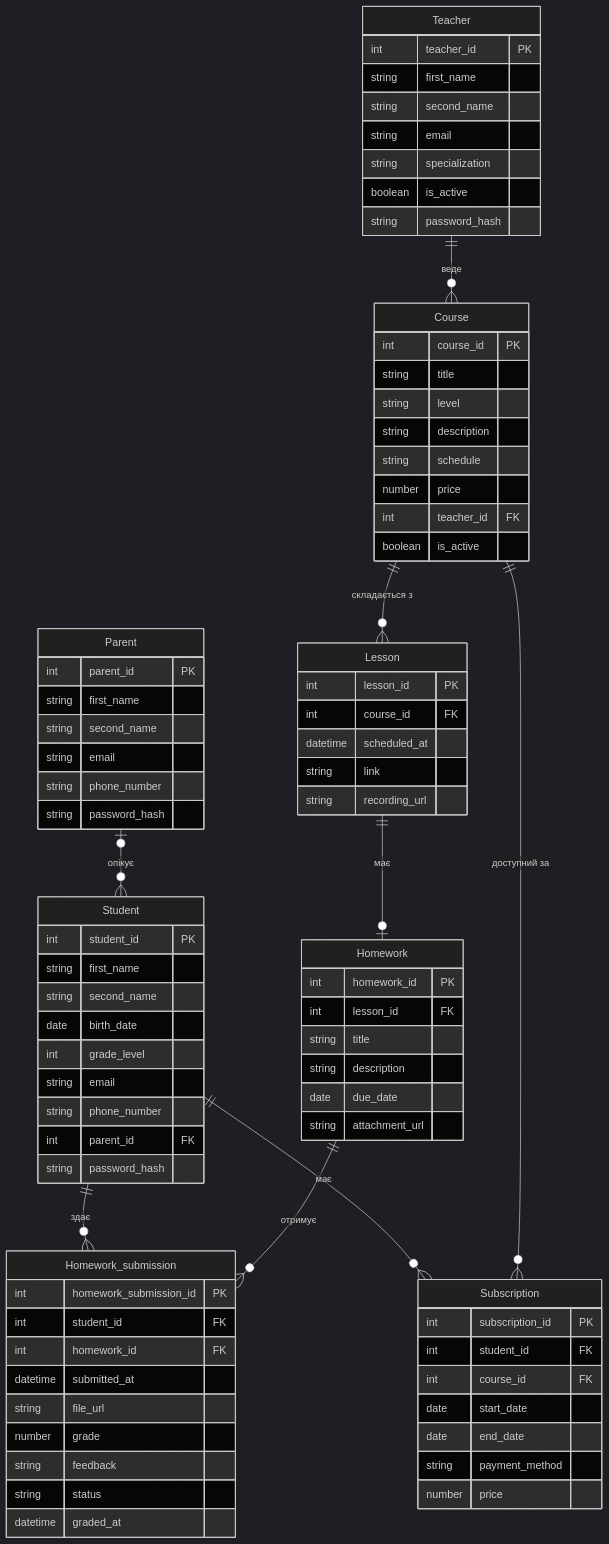
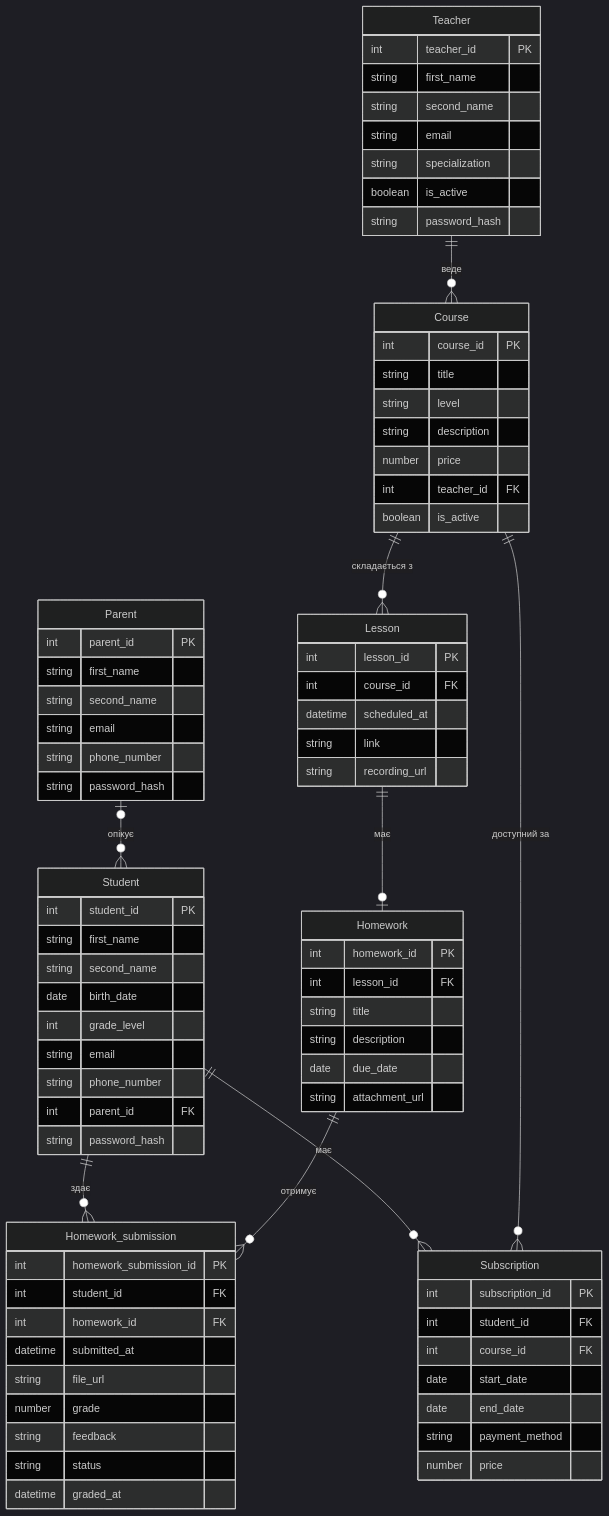
Before and after one commit to grmaryna/MathHub: the diagram in model.mmd, drawn with Mermaid (dark theme). The commit also changed 1 other file, not shown here.

Commit message:
mpdel: видалено Course.schedule із діаграми

```diff
--- a/model.mmd
+++ b/model.mmd
@@ -1,90 +1,89 @@
 erDiagram
     Parent |o--o{ Student : "опікує"
     Teacher ||--o{ Course : "веде"
     Course ||--o{ Lesson : "складається з"
     Lesson ||--o| Homework : "має"
     Student ||--o{ Homework_submission : "здає"
     Homework ||--o{ Homework_submission : "отримує"
     Student ||--o{ Subscription : "має"
     Course ||--o{ Subscription : "доступний за"
 
     Parent {
         int parent_id PK
         string first_name
         string second_name
         string email
         string phone_number
         string password_hash
     }
 
     Student {
         int student_id PK
         string first_name
         string second_name
         date birth_date
         int grade_level
         string email
         string phone_number
         int parent_id FK
         string password_hash
     }
 
     Teacher {
         int teacher_id PK
         string first_name
         string second_name
         string email
         string specialization
         boolean is_active
         string password_hash
     }
 
     Course {
         int course_id PK
         string title
         string level
         string description
-        string schedule
         number price
         int teacher_id FK
         boolean is_active
     }
 
     Lesson {
         int lesson_id PK
         int course_id FK
         datetime scheduled_at
         string link
         string recording_url
     }
 
     Homework {
         int homework_id PK
         int lesson_id FK
         string title
         string description
         date due_date
         string attachment_url
     }
 
     Homework_submission {
         int homework_submission_id PK
         int student_id FK
         int homework_id FK
         datetime submitted_at
         string file_url
         number grade
         string feedback
         string status
         datetime graded_at
     }
 
     Subscription {
         int subscription_id PK
         int student_id FK
         int course_id FK
         date start_date
         date end_date
         string payment_method
         number price
     }
```
